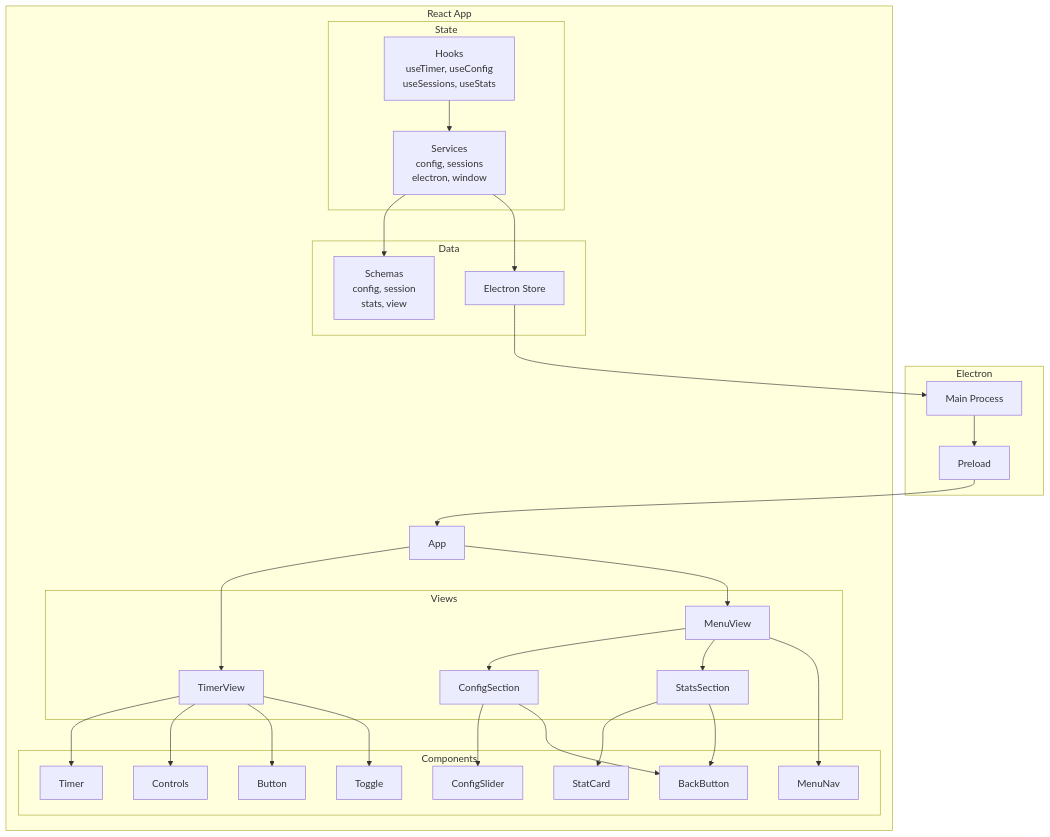
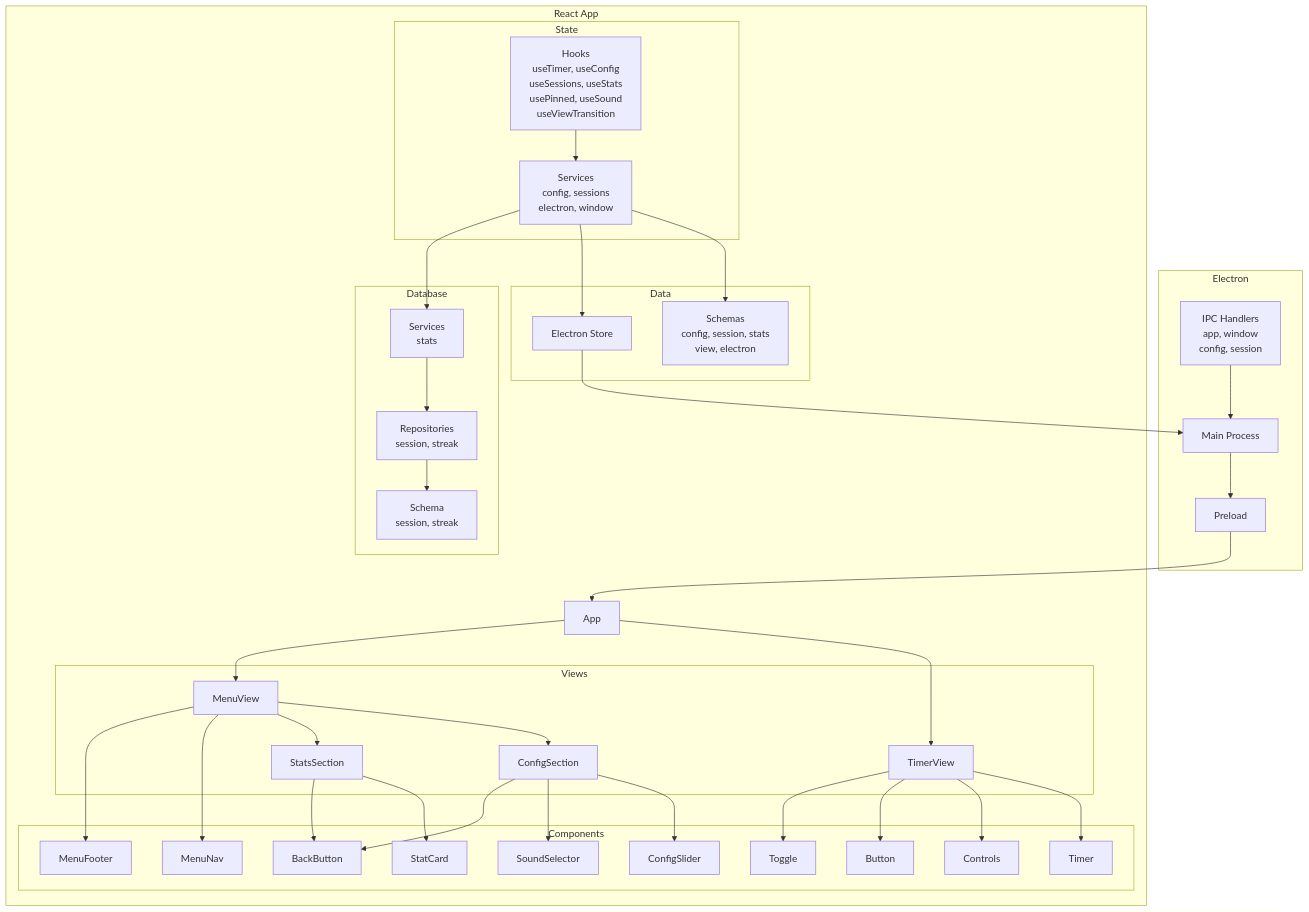
The diagram in README.md (blas-works/hollow), drawn with Mermaid before and after one commit. The commit also changed other lines of this file and 1 other file, not shown here.

````diff
--- a/README.md
+++ b/README.md
@@ -23,63 +85,79 @@
 ```mermaid
 graph TB
     subgraph Electron
         MAIN[Main Process]
         PRELOAD[Preload]
+        IPC[IPC Handlers<br/>app, window<br/>config, session]
     end
 
     subgraph React App
         APP[App]
 
         subgraph Views
             TIMER[TimerView]
             MENU[MenuView]
             CONFIG[ConfigSection]
             STATS[StatsSection]
         end
 
         subgraph Components
             TIMER_COMP[Timer]
             CONTROLS[Controls]
             BUTTON[Button]
             TOGGLE[Toggle]
             SLIDER[ConfigSlider]
             STAT_CARD[StatCard]
             MENU_NAV[MenuNav]
+            MENU_FOOTER[MenuFooter]
+            SOUND_SELECTOR[SoundSelector]
             BACK[BackButton]
         end
 
         subgraph State
-            HOOKS[Hooks<br/>useTimer, useConfig<br/>useSessions, useStats]
+            HOOKS[Hooks<br/>useTimer, useConfig<br/>useSessions, useStats<br/>usePinned, useSound<br/>useViewTransition]
             SERVICES[Services<br/>config, sessions<br/>electron, window]
         end
 
         subgraph Data
-            SCHEMAS[Schemas<br/>config, session<br/>stats, view]
+            SCHEMAS[Schemas<br/>config, session, stats<br/>view, electron]
             STORE[Electron Store]
+        end
+
+        subgraph Database
+            DB_SCHEMA[Schema<br/>session, streak]
+            DB_REPO[Repositories<br/>session, streak]
+            DB_SERVICE[Services<br/>stats]
         end
     end
 
     MAIN --> PRELOAD
     PRELOAD --> APP
+    IPC --> MAIN
+
     APP --> TIMER
     APP --> MENU
     MENU --> CONFIG
     MENU --> STATS
 
     TIMER --> TIMER_COMP
     TIMER --> CONTROLS
     TIMER --> BUTTON
     TIMER --> TOGGLE
 
     CONFIG --> SLIDER
+    CONFIG --> SOUND_SELECTOR
     STATS --> STAT_CARD
     MENU --> MENU_NAV
+    MENU --> MENU_FOOTER
 
     CONFIG --> BACK
     STATS --> BACK
 
     HOOKS --> SERVICES
     SERVICES --> SCHEMAS
     SERVICES --> STORE
+    SERVICES --> DB_SERVICE
+    DB_SERVICE --> DB_REPO
+    DB_REPO --> DB_SCHEMA
     STORE --> MAIN
 ```
````
